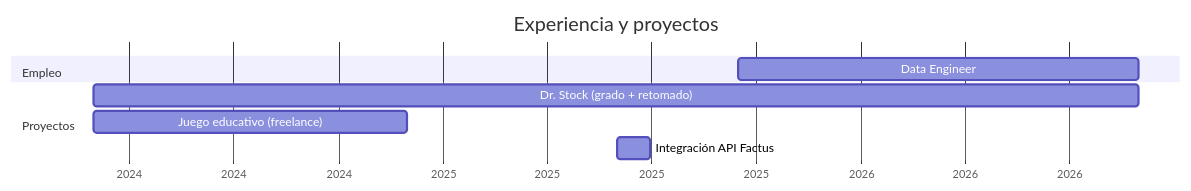
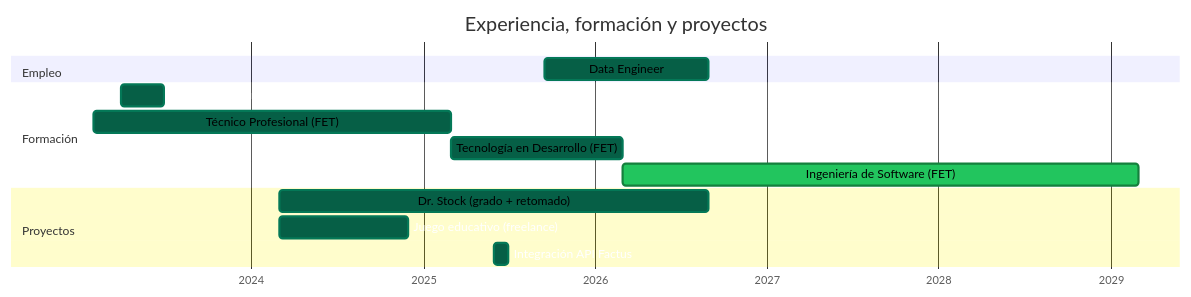
The diagram in README.md (JuanJo24S/JuanJo24S), drawn with Mermaid before and after one commit. The commit also changed other lines of this file, not shown here.

Commit message:
Revise timeline and remove GitHub activity section
Updated the timeline section with new titles and marked tasks as done. Removed GitHub activity section.

````diff
--- a/README.md
+++ b/README.md
@@ -58,12 +58,26 @@
 ```mermaid
+%%{init: { 'themeVariables': {
+  'doneTaskBkgColor': '#065f46',
+  'doneTaskBorderColor': '#047857',
+  'activeTaskBkgColor': '#22c55e',
+  'activeTaskBorderColor': '#15803d',
+  'taskTextColor': '#ffffff',
+  'taskTextLightColor': '#ffffff',
+  'taskTextOutsideColor': '#ffffff'
+}}}%%
 gantt
-    title Experiencia y proyectos
+    title Experiencia, formación y proyectos
     dateFormat  YYYY-MM-DD
     axisFormat  %Y
     section Empleo
-    Data Engineer      :2025-09-15, 2026-08-31
+    Data Engineer      :done, 2025-09-15, 2026-08-31
+    section Formación
+    Curso SQL - Guayerd + Beta Hub         :done, 2023-04-01, 2023-06-30
+    Técnico Profesional (FET)              :done, 2023-02-01, 2025-03-01
+    Tecnología en Desarrollo (FET)         :done, 2025-03-01, 2026-03-01
+    Ingeniería de Software (FET)           :active, 2026-03-01, 2029-03-01
     section Proyectos
-    Dr. Stock (grado + retomado)           :2024-03-01, 2026-08-31
-    Juego educativo (freelance)            :2024-03-01, 2024-11-30
-    Integración API Factus                 :2025-06-01, 2025-06-30
+    Dr. Stock (grado + retomado)           :done, 2024-03-01, 2026-08-31
+    Juego educativo (freelance)            :done, 2024-03-01, 2024-11-30
+    Integración API Factus                 :done, 2025-06-01, 2025-06-30
 ```
````
